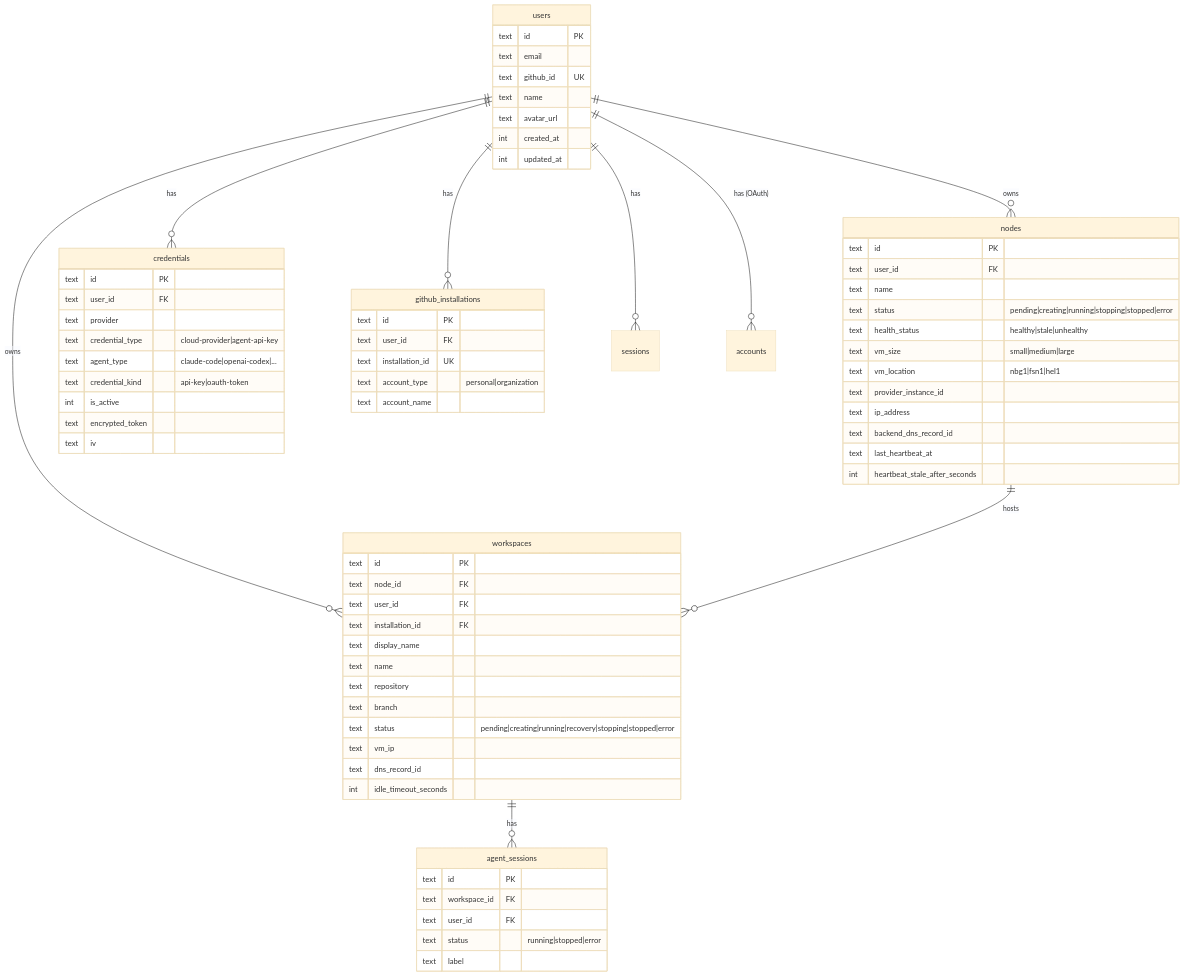
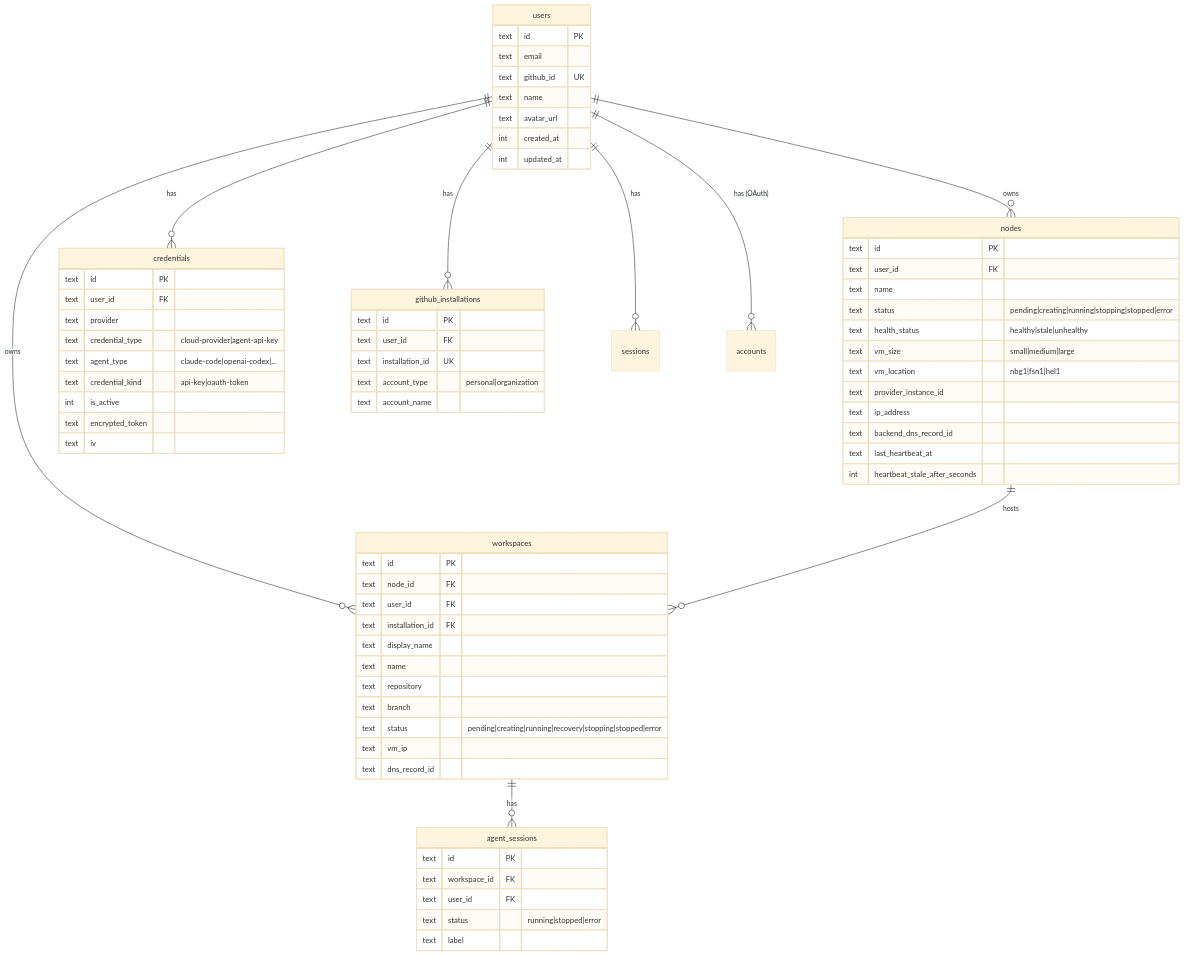
Before and after one commit to raphaeltm/simple-agent-manager: the fifth of 17 diagrams in docs/architecture/walkthrough.md, drawn with Mermaid (base theme). The commit also changed other lines of this file and 52 other files, not shown here.

First line of the commit message:
chore: remove idle timeout infrastructure entirely

````diff
--- a/docs/architecture/walkthrough.md
+++ b/docs/architecture/walkthrough.md
@@ -283,79 +283,79 @@
 ```mermaid
 erDiagram
     users ||--o{ nodes : "owns"
     users ||--o{ workspaces : "owns"
     users ||--o{ credentials : "has"
     users ||--o{ github_installations : "has"
     users ||--o{ sessions : "has"
     users ||--o{ accounts : "has (OAuth)"
     nodes ||--o{ workspaces : "hosts"
     workspaces ||--o{ agent_sessions : "has"
 
     users {
         text id PK
         text email
         text github_id UK
         text name
         text avatar_url
         int created_at
         int updated_at
     }
 
     nodes {
         text id PK
         text user_id FK
         text name
         text status "pending|creating|running|stopping|stopped|error"
         text health_status "healthy|stale|unhealthy"
         text vm_size "small|medium|large"
         text vm_location "nbg1|fsn1|hel1"
         text provider_instance_id
         text ip_address
         text backend_dns_record_id
         text last_heartbeat_at
         int heartbeat_stale_after_seconds
     }
 
     workspaces {
         text id PK
         text node_id FK
         text user_id FK
         text installation_id FK
         text display_name
         text name
         text repository
         text branch
         text status "pending|creating|running|recovery|stopping|stopped|error"
         text vm_ip
         text dns_record_id
-        int idle_timeout_seconds
+
     }
 
     credentials {
         text id PK
         text user_id FK
         text provider
         text credential_type "cloud-provider|agent-api-key"
         text agent_type "claude-code|openai-codex|..."
         text credential_kind "api-key|oauth-token"
         int is_active
         text encrypted_token
         text iv
     }
 
     agent_sessions {
         text id PK
         text workspace_id FK
         text user_id FK
         text status "running|stopped|error"
         text label
     }
 
     github_installations {
         text id PK
         text user_id FK
         text installation_id UK
         text account_type "personal|organization"
         text account_name
     }
 ```
````
